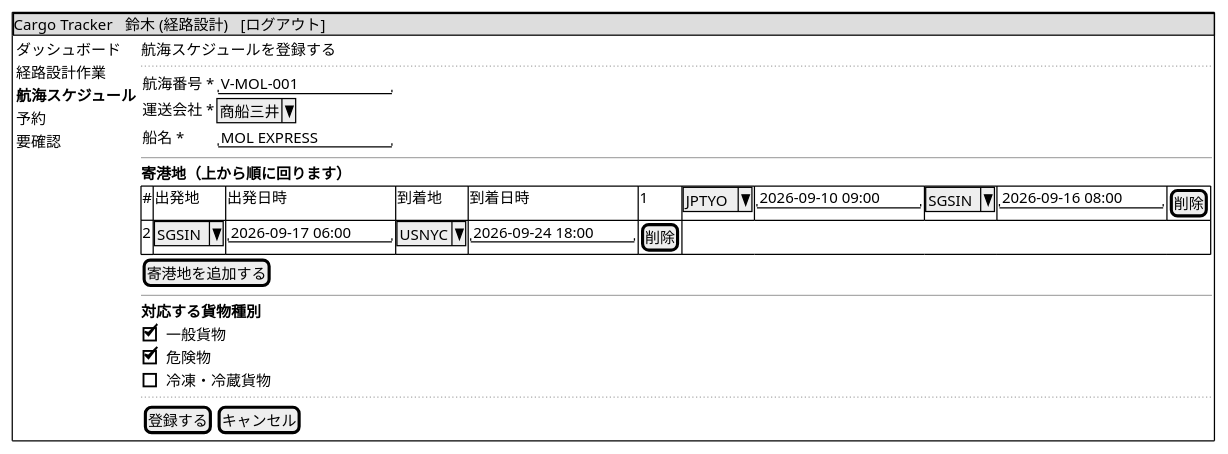
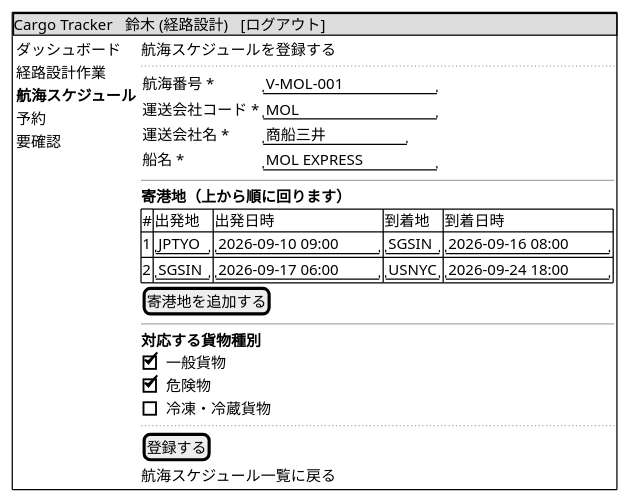
Diagram 15 of 30 in docs/design/cargo-tracker/ui_design.md (k2works/case-study-cargo-tracker), drawn with PlantUML before and after one commit. The commit also changed other lines of this file and 33 other files, not shown here.

````diff
--- a/docs/design/cargo-tracker/ui_design.md
+++ b/docs/design/cargo-tracker/ui_design.md
@@ -711,39 +715,41 @@
 ```plantuml
 @startsalt
 {+
   {* Cargo Tracker | 鈴木 (経路設計) | [ログアウト] }
   {
     { ダッシュボード
       経路設計作業
       <b>航海スケジュール
       予約
       要確認
     } |
     {
       航海スケジュールを登録する
       ..
       {
-        航海番号 * | "V-MOL-001        "
-        運送会社 * | ^商船三井^
-        船名 *     | "MOL EXPRESS      "
+        航海番号 *       | "V-MOL-001        "
+        運送会社コード * | "MOL              "
+        運送会社名 *     | "商船三井          "
+        船名 *           | "MOL EXPRESS      "
       }
       ---
       <b>寄港地（上から順に回ります）
       {#
-        # | 出発地 | 出発日時 | 到着地 | 到着日時 |
-        1 | ^JPTYO^ | "2026-09-10 09:00" | ^SGSIN^ | "2026-09-16 08:00" | [削除]
-        2 | ^SGSIN^ | "2026-09-17 06:00" | ^USNYC^ | "2026-09-24 18:00" | [削除]
+        # | 出発地 | 出発日時 | 到着地 | 到着日時
+        1 | "JPTYO" | "2026-09-10 09:00" | "SGSIN" | "2026-09-16 08:00"
+        2 | "SGSIN" | "2026-09-17 06:00" | "USNYC" | "2026-09-24 18:00"
       }
       [寄港地を追加する]
       ---
       <b>対応する貨物種別
       [X] 一般貨物
       [X] 危険物
       [ ] 冷凍・冷蔵貨物
       ..
-      { [登録する] | [キャンセル] }
+      [登録する]
+      航海スケジュール一覧に戻る
     }
   }
 }
 @endsalt
 ```
````
